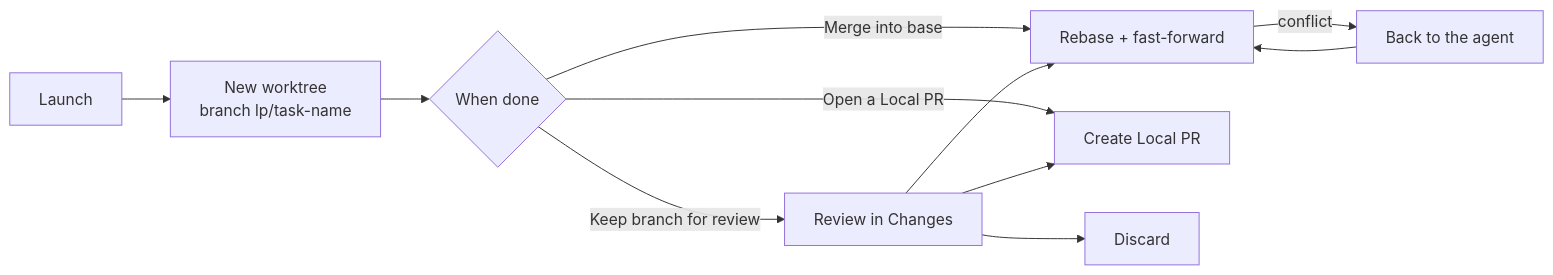
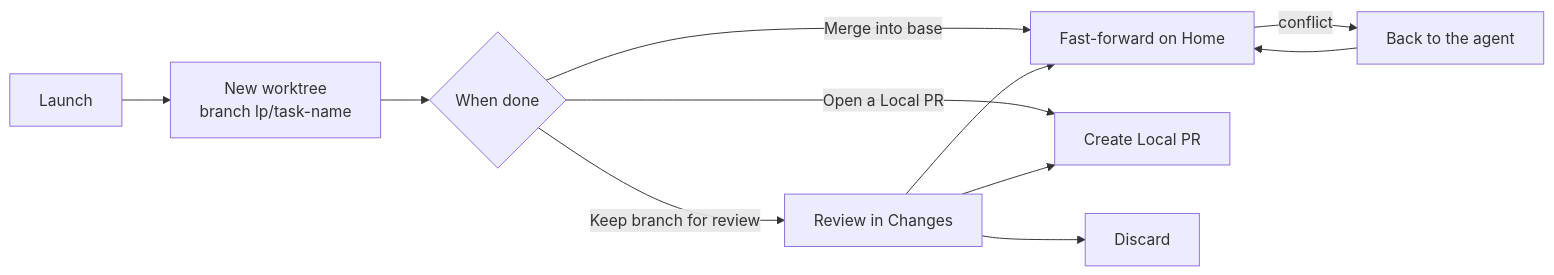
The second of 2 diagrams in docs/agents.md (Wauplin/launchpad), drawn with Mermaid before and after one commit. The commit also changed other lines of this file and 76 other files, not shown here.

````diff
--- a/docs/agents.md
+++ b/docs/agents.md
@@ -105,13 +105,13 @@
 ```mermaid
 flowchart LR
     A[Launch] --> B["New worktree<br/>branch lp/task-name"]
     B --> C{When done}
     C -->|Keep branch for review| D[Review in Changes]
-    C -->|Merge into base| E[Rebase + fast-forward]
+    C -->|Merge into base| E[Fast-forward on Home]
     C -->|Open a Local PR| F
     D --> E
     D --> F[Create Local PR]
     D --> G[Discard]
     E -->|conflict| H[Back to the agent]
     H --> E
 ```
````
